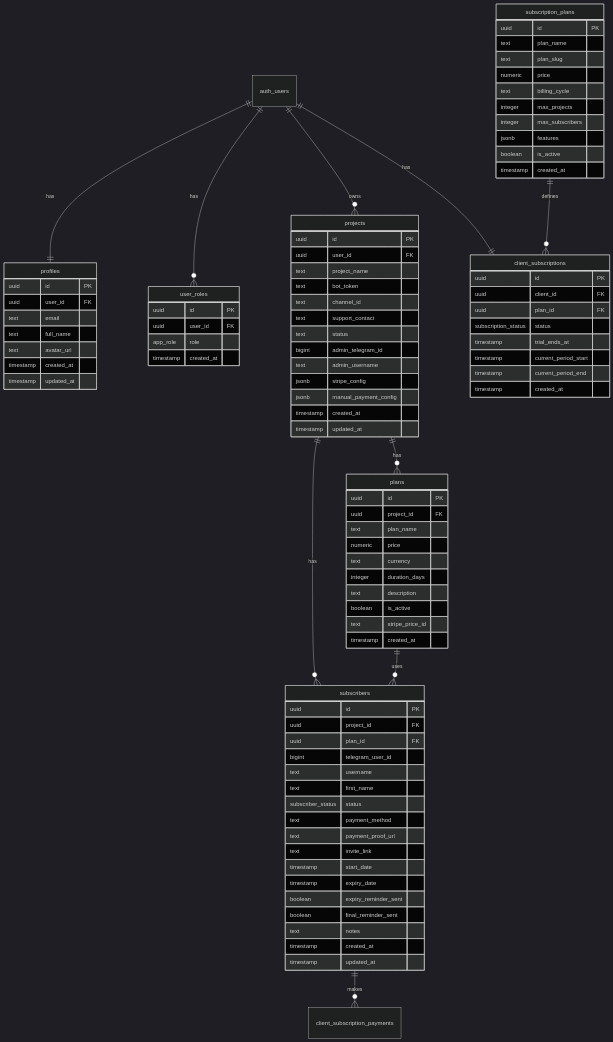
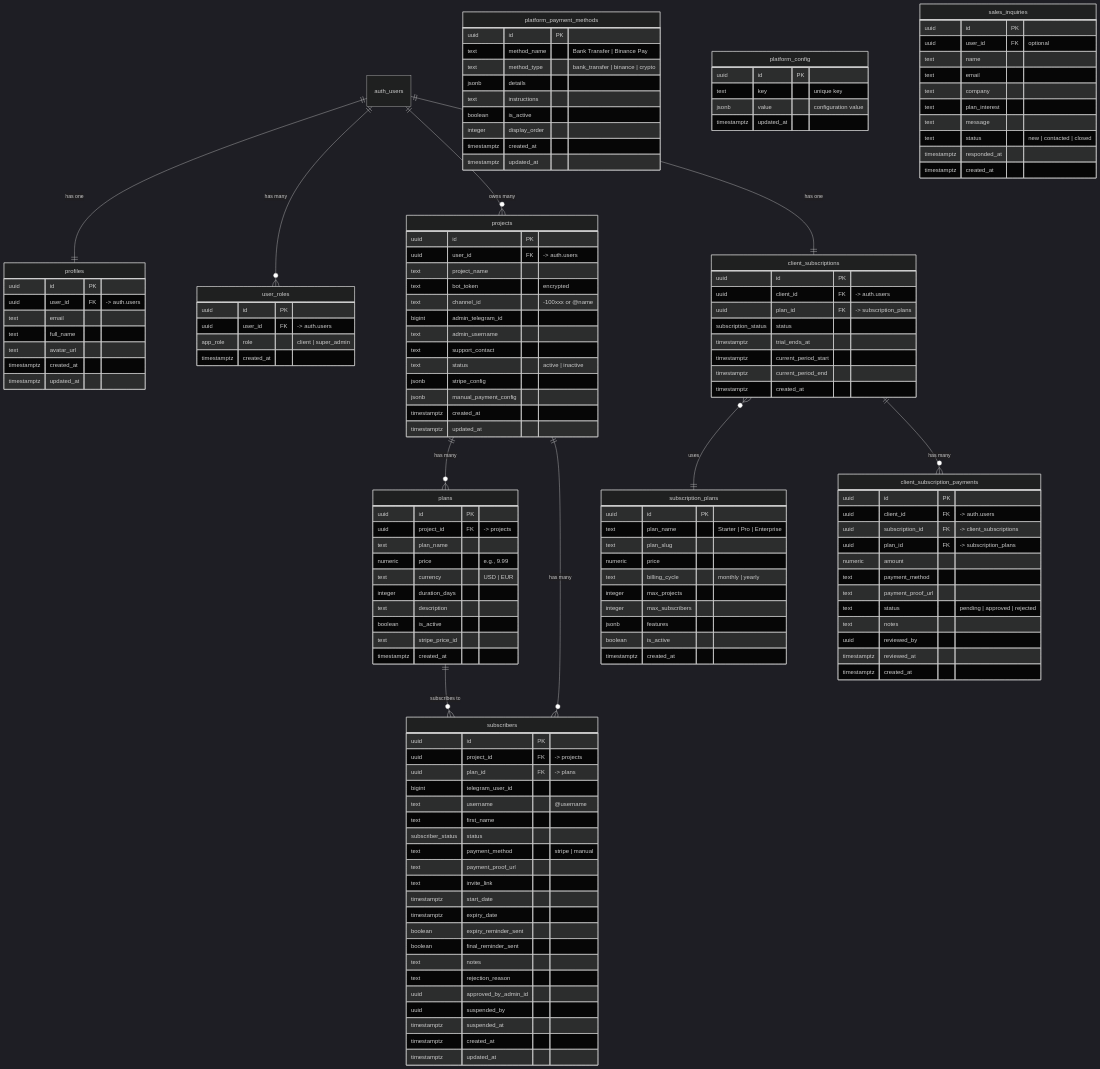
Diagram 12 of 14 in DOCUMENTATION.md (Abdelmalk4/subscribehub), drawn with Mermaid (dark theme) before and after one commit. The commit also changed other lines of this file, not shown here.

````diff
--- a/DOCUMENTATION.md
+++ b/DOCUMENTATION.md
@@ -557,106 +1128,156 @@
 ```mermaid
 erDiagram
-    auth_users ||--|| profiles : "has"
-    auth_users ||--o{ user_roles : "has"
-    auth_users ||--o{ projects : "owns"
-    auth_users ||--|| client_subscriptions : "has"
+    auth_users ||--|| profiles : "has one"
+    auth_users ||--o{ user_roles : "has many"
+    auth_users ||--o{ projects : "owns many"
+    auth_users ||--|| client_subscriptions : "has one"
     
-    projects ||--o{ plans : "has"
-    projects ||--o{ subscribers : "has"
+    projects ||--o{ plans : "has many"
+    projects ||--o{ subscribers : "has many"
     
-    plans ||--o{ subscribers : "uses"
+    plans ||--o{ subscribers : "subscribes to"
     
-    subscribers ||--o{ client_subscription_payments : "makes"
-    
-    subscription_plans ||--o{ client_subscriptions : "defines"
+    client_subscriptions }o--|| subscription_plans : "uses"
+    client_subscriptions ||--o{ client_subscription_payments : "has many"
     
     profiles {
         uuid id PK
-        uuid user_id FK
+        uuid user_id FK "-> auth.users"
         text email
         text full_name
         text avatar_url
-        timestamp created_at
-        timestamp updated_at
+        timestamptz created_at
+        timestamptz updated_at
     }
     
     user_roles {
         uuid id PK
-        uuid user_id FK
-        app_role role
-        timestamp created_at
+        uuid user_id FK "-> auth.users"
+        app_role role "client | super_admin"
+        timestamptz created_at
     }
     
     projects {
         uuid id PK
-        uuid user_id FK
+        uuid user_id FK "-> auth.users"
         text project_name
-        text bot_token
-        text channel_id
-        text support_contact
-        text status
+        text bot_token "encrypted"
+        text channel_id "-100xxx or @name"
         bigint admin_telegram_id
         text admin_username
+        text support_contact
+        text status "active | inactive"
         jsonb stripe_config
         jsonb manual_payment_config
-        timestamp created_at
-        timestamp updated_at
+        timestamptz created_at
+        timestamptz updated_at
     }
     
     plans {
         uuid id PK
-        uuid project_id FK
+        uuid project_id FK "-> projects"
         text plan_name
-        numeric price
-        text currency
+        numeric price "e.g., 9.99"
+        text currency "USD | EUR"
         integer duration_days
         text description
         boolean is_active
         text stripe_price_id
-        timestamp created_at
+        timestamptz created_at
     }
     
     subscribers {
         uuid id PK
-        uuid project_id FK
-        uuid plan_id FK
+        uuid project_id FK "-> projects"
+        uuid plan_id FK "-> plans"
         bigint telegram_user_id
-        text username
+        text username "@username"
         text first_name
         subscriber_status status
-        text payment_method
+        text payment_method "stripe | manual"
         text payment_proof_url
         text invite_link
-        timestamp start_date
-        timestamp expiry_date
+        timestamptz start_date
+        timestamptz expiry_date
         boolean expiry_reminder_sent
         boolean final_reminder_sent
         text notes
-        timestamp created_at
-        timestamp updated_at
+        text rejection_reason
+        uuid approved_by_admin_id
+        uuid suspended_by
+        timestamptz suspended_at
+        timestamptz created_at
+        timestamptz updated_at
+    }
+    
+    subscription_plans {
+        uuid id PK
+        text plan_name "Starter | Pro | Enterprise"
+        text plan_slug
+        numeric price
+        text billing_cycle "monthly | yearly"
+        integer max_projects
+        integer max_subscribers
+        jsonb features
+        boolean is_active
+        timestamptz created_at
     }
     
     client_subscriptions {
         uuid id PK
-        uuid client_id FK
-        uuid plan_id FK
+        uuid client_id FK "-> auth.users"
+        uuid plan_id FK "-> subscription_plans"
         subscription_status status
-        timestamp trial_ends_at
-        timestamp current_period_start
-        timestamp current_period_end
-        timestamp created_at
+        timestamptz trial_ends_at
+        timestamptz current_period_start
+        timestamptz current_period_end
+        timestamptz created_at
     }
     
-    subscription_plans {
+    client_subscription_payments {
         uuid id PK
-        text plan_name
-        text plan_slug
-        numeric price
-        text billing_cycle
-        integer max_projects
-        integer max_subscribers
-        jsonb features
+        uuid client_id FK "-> auth.users"
+        uuid subscription_id FK "-> client_subscriptions"
+        uuid plan_id FK "-> subscription_plans"
+        numeric amount
+        text payment_method
+        text payment_proof_url
+        text status "pending | approved | rejected"
+        text notes
+        uuid reviewed_by
+        timestamptz reviewed_at
+        timestamptz created_at
+    }
+    
+    platform_payment_methods {
+        uuid id PK
+        text method_name "Bank Transfer | Binance Pay"
+        text method_type "bank_transfer | binance | crypto"
+        jsonb details
+        text instructions
         boolean is_active
-        timestamp created_at
+        integer display_order
+        timestamptz created_at
+        timestamptz updated_at
+    }
+    
+    platform_config {
+        uuid id PK
+        text key "unique key"
+        jsonb value "configuration value"
+        timestamptz updated_at
+    }
+    
+    sales_inquiries {
+        uuid id PK
+        uuid user_id FK "optional"
+        text name
+        text email
+        text company
+        text plan_interest
+        text message
+        text status "new | contacted | closed"
+        timestamptz responded_at
+        timestamptz created_at
     }
 ```
````
